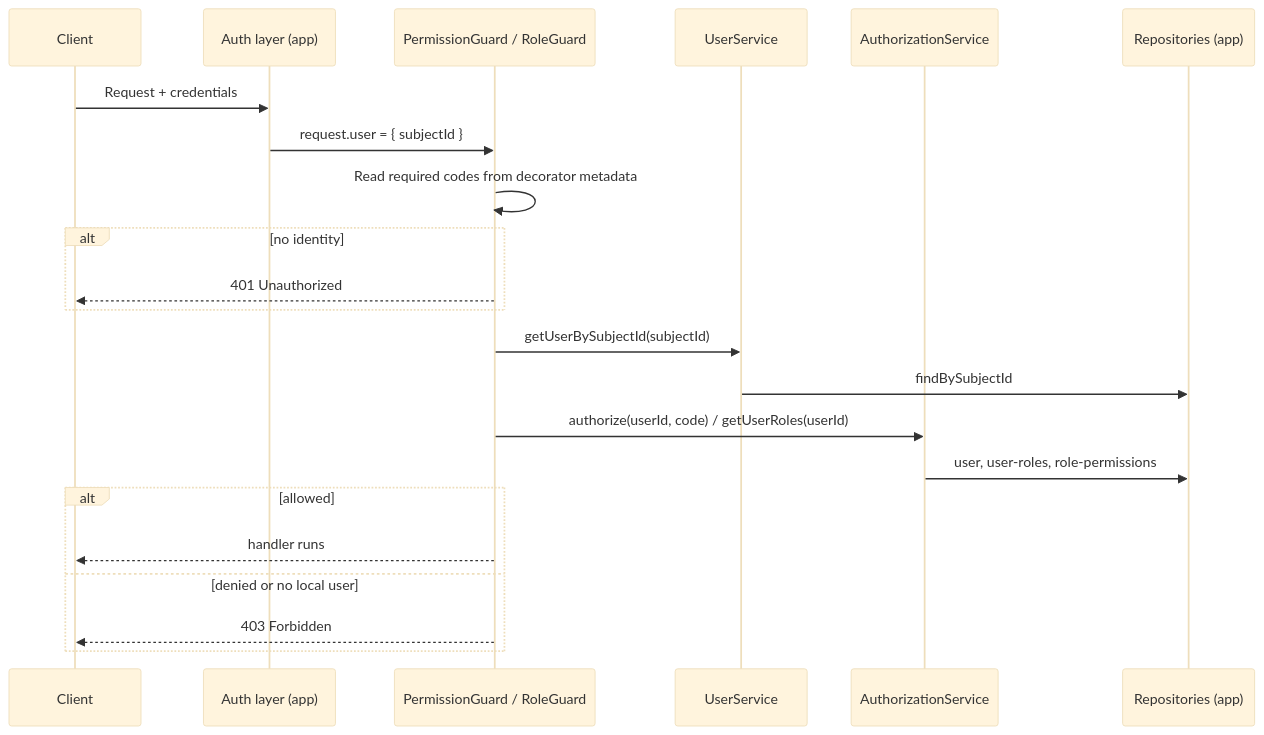
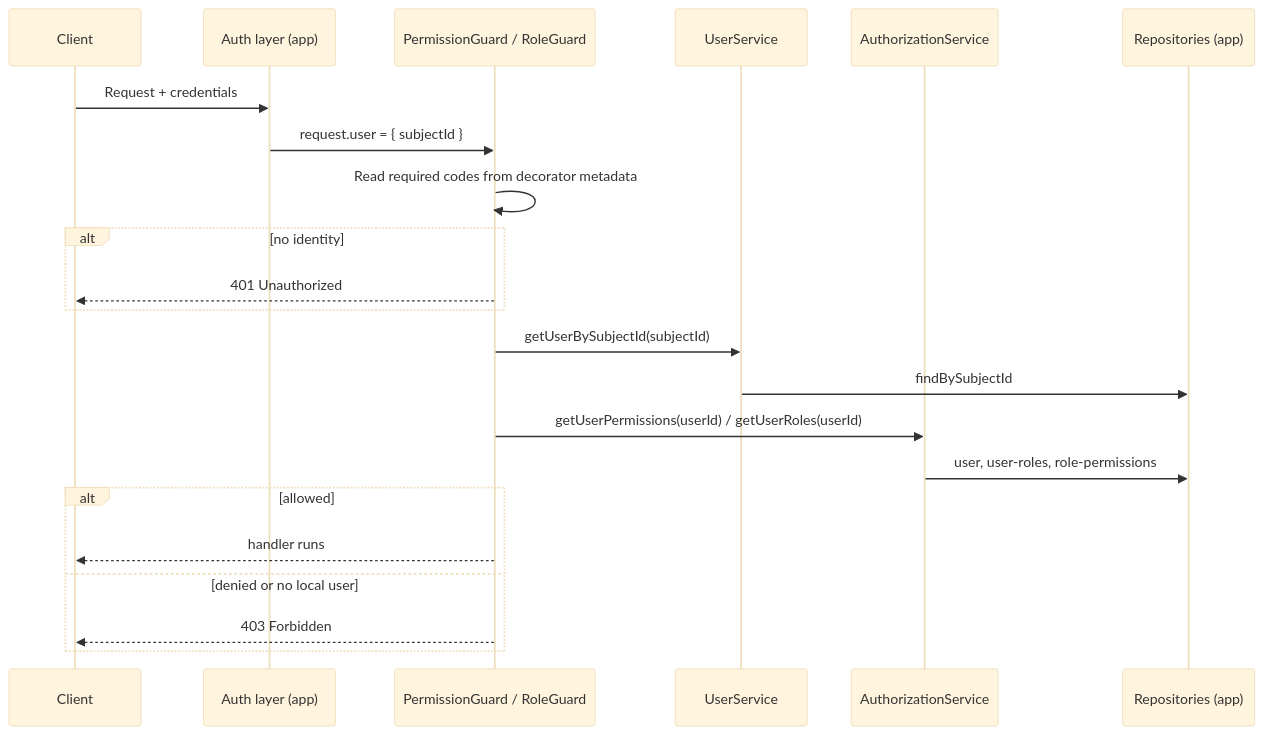
The third of 3 diagrams in docs/integration-guide.md (Smile-HO-OS/smile-user-rbac), drawn with Mermaid (base theme) before and after one commit. The commit also changed other lines of this file and 48 other files, not shown here.

````diff
--- a/docs/integration-guide.md
+++ b/docs/integration-guide.md
@@ -66,24 +66,24 @@
 ```mermaid
 sequenceDiagram
   participant C as Client
   participant A as Auth layer (app)
   participant G as PermissionGuard / RoleGuard
   participant U as UserService
   participant Z as AuthorizationService
   participant R as Repositories (app)
   C->>A: Request + credentials
   A->>G: request.user = { subjectId }
   G->>G: Read required codes from decorator metadata
   alt no identity
     G-->>C: 401 Unauthorized
   end
   G->>U: getUserBySubjectId(subjectId)
   U->>R: findBySubjectId
-  G->>Z: authorize(userId, code) / getUserRoles(userId)
+  G->>Z: getUserPermissions(userId) / getUserRoles(userId)
   Z->>R: user, user-roles, role-permissions
   alt allowed
     G-->>C: handler runs
   else denied or no local user
     G-->>C: 403 Forbidden
   end
 ```
````
